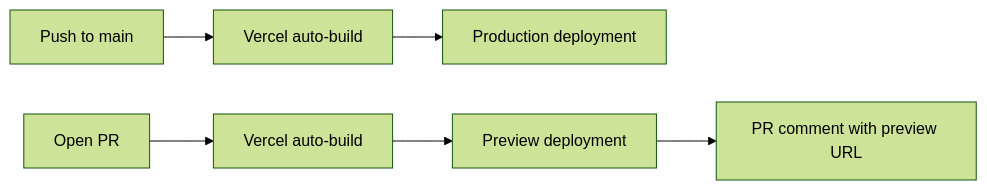
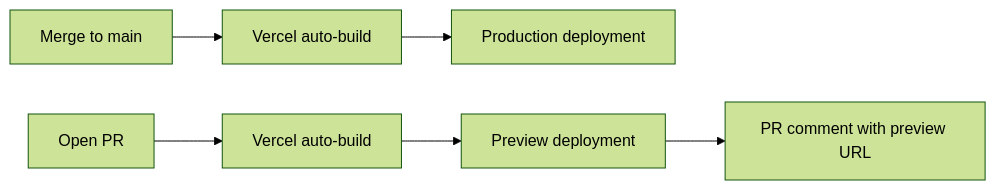
One commit to Oweeboi011/Fit-Ready-IQ changed the fifth of 8 diagrams in docs/wiki/DEPLOYMENT.md. Above: the diagram before and after it, drawn with Mermaid (forest theme). The commit also changed other lines of this file and 17 other files, not shown here.

First line of the commit message:
ci: simplify to trunk-based flow and fix review bugs

````diff
--- a/docs/wiki/DEPLOYMENT.md
+++ b/docs/wiki/DEPLOYMENT.md
@@ -189,9 +256,9 @@
 ```mermaid
 flowchart LR
-    A[Push to main] --> B[Vercel auto-build]
+    A[Merge to main] --> B[Vercel auto-build]
     B --> C[Production deployment]
 
     D[Open PR] --> E[Vercel auto-build]
     E --> F[Preview deployment]
     F --> G[PR comment with preview URL]
 ```
````
